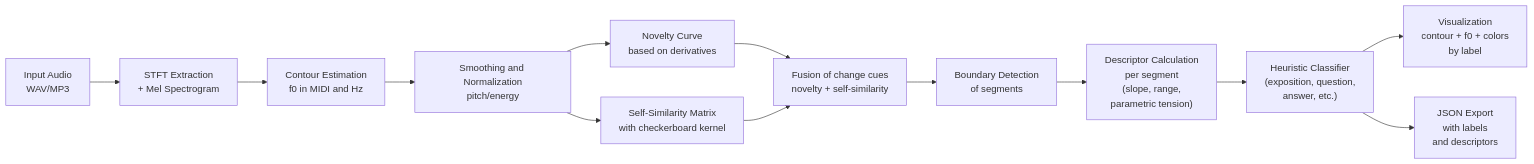
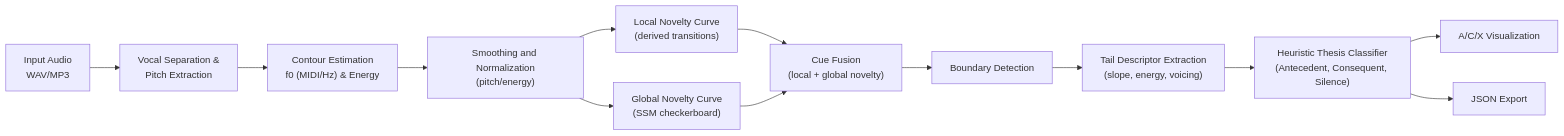
Before and after one commit to MarcoBrenis/MC-MSA: the diagram in README.md, drawn with Mermaid. The commit also changed other lines of this file, not shown here.

Commit message:
Update README flowchart and intro for thesis configuration

````diff
--- a/README.md
+++ b/README.md
@@ -241,15 +240,15 @@
 ```mermaid
 flowchart LR
-    A["Input Audio<br/>WAV/MP3"] --> B["STFT Extraction<br/>+ Mel Spectrogram"]
-    B --> C["Contour Estimation<br/>f0 in MIDI and Hz"]
-    C --> D["Smoothing and Normalization<br/>pitch/energy"]
-    D --> E["Novelty Curve<br/>based on derivatives"]
-    D --> F["Self-Similarity Matrix<br/>with checkerboard kernel"]
-    E --> G["Fusion of change cues<br/>novelty + self-similarity"]
+    A["Input Audio<br/>WAV/MP3"] --> B["Vocal Separation &<br/>Pitch Extraction"]
+    B --> C["Contour Estimation<br/>f0 (MIDI/Hz) & Energy"]
+    C --> D["Smoothing and Normalization<br/>(pitch/energy)"]
+    D --> E["Local Novelty Curve<br/>(derived transitions)"]
+    D --> F["Global Novelty Curve<br/>(SSM checkerboard)"]
+    E --> G["Cue Fusion<br/>(local + global novelty)"]
     F --> G
-    G --> H["Boundary Detection<br/>of segments"]
-    H --> I["Descriptor Calculation<br/>per segment<br/>(slope, range,<br/>parametric tension)"]
-    I --> J["Heuristic Classifier<br/>(exposition, question,<br/>answer, etc.)"]
-    J --> K["Visualization<br/>contour + f0 + colors<br/>by label"]
-    J --> L["JSON Export<br/>with labels<br/>and descriptors"]
+    G --> H["Boundary Detection"]
+    H --> I["Tail Descriptor Extraction<br/>(slope, energy, voicing)"]
+    I --> J["Heuristic Thesis Classifier<br/>(Antecedent, Consequent, Silence)"]
+    J --> K["A/C/X Visualization"]
+    J --> L["JSON Export"]
 ```
````
